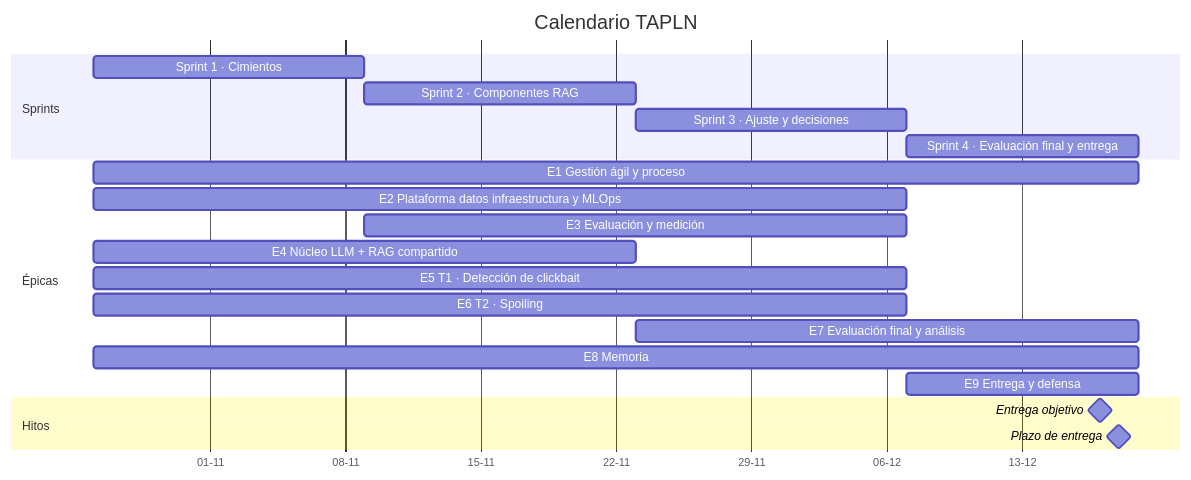
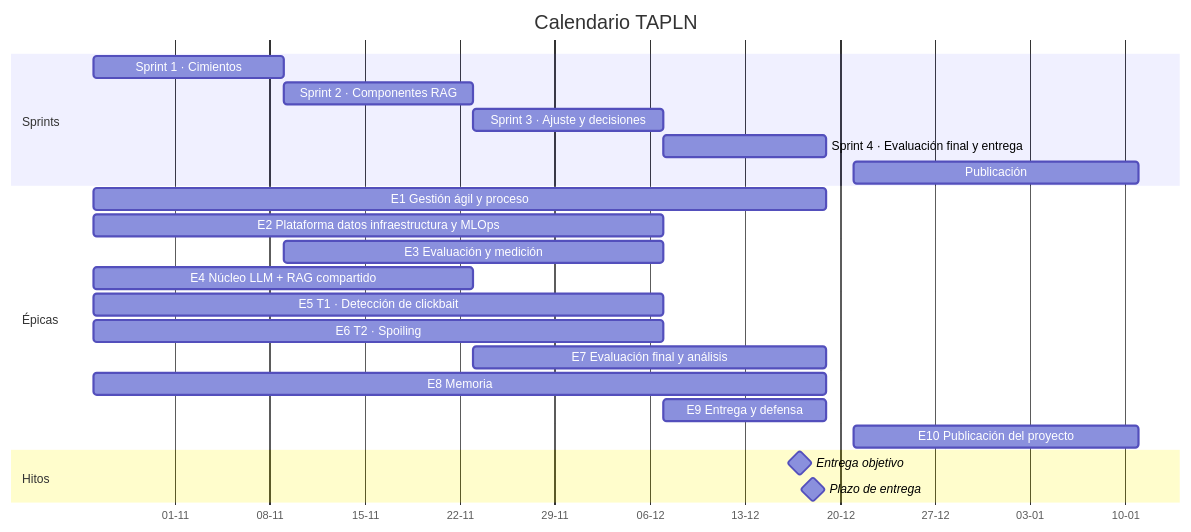
The first of 2 diagrams in gestion/ROADMAP.md (GuillermoBlancoNunez/TAPLN), drawn with Mermaid before and after one commit. The commit also changed other lines of this file and 6 other files, not shown here.

````diff
--- a/gestion/ROADMAP.md
+++ b/gestion/ROADMAP.md
@@ -24,24 +26,26 @@
 ```mermaid
 gantt
     title Calendario TAPLN
     dateFormat YYYY-MM-DD
     axisFormat %d-%m
     section Sprints
     Sprint 1 · Cimientos :S0, 2026-10-26, 2026-11-09
     Sprint 2 · Componentes RAG :S1, 2026-11-09, 2026-11-23
     Sprint 3 · Ajuste y decisiones :S2, 2026-11-23, 2026-12-07
     Sprint 4 · Evaluación final y entrega :S3, 2026-12-07, 2026-12-19
+    Publicación :S5, 2026-12-21, 2027-01-11
     section Épicas
     E1 Gestión ágil y proceso :E1, 2026-10-26, 2026-12-19
     E2 Plataforma datos infraestructura y MLOps :E2, 2026-10-26, 2026-12-07
     E3 Evaluación y medición :E3, 2026-11-09, 2026-12-07
     E4 Núcleo LLM + RAG compartido :E4, 2026-10-26, 2026-11-23
     E5 T1 · Detección de clickbait :E5, 2026-10-26, 2026-12-07
     E6 T2 · Spoiling :E6, 2026-10-26, 2026-12-07
     E7 Evaluación final y análisis :E7, 2026-11-23, 2026-12-19
     E8 Memoria :E8, 2026-10-26, 2026-12-19
     E9 Entrega y defensa :E9, 2026-12-07, 2026-12-19
+    E10 Publicación del proyecto :E10, 2026-12-21, 2027-01-11
     section Hitos
     Entrega objetivo :milestone, hito1, 2026-12-17, 0d
     Plazo de entrega :milestone, hito2, 2026-12-18, 0d
 ```
````
